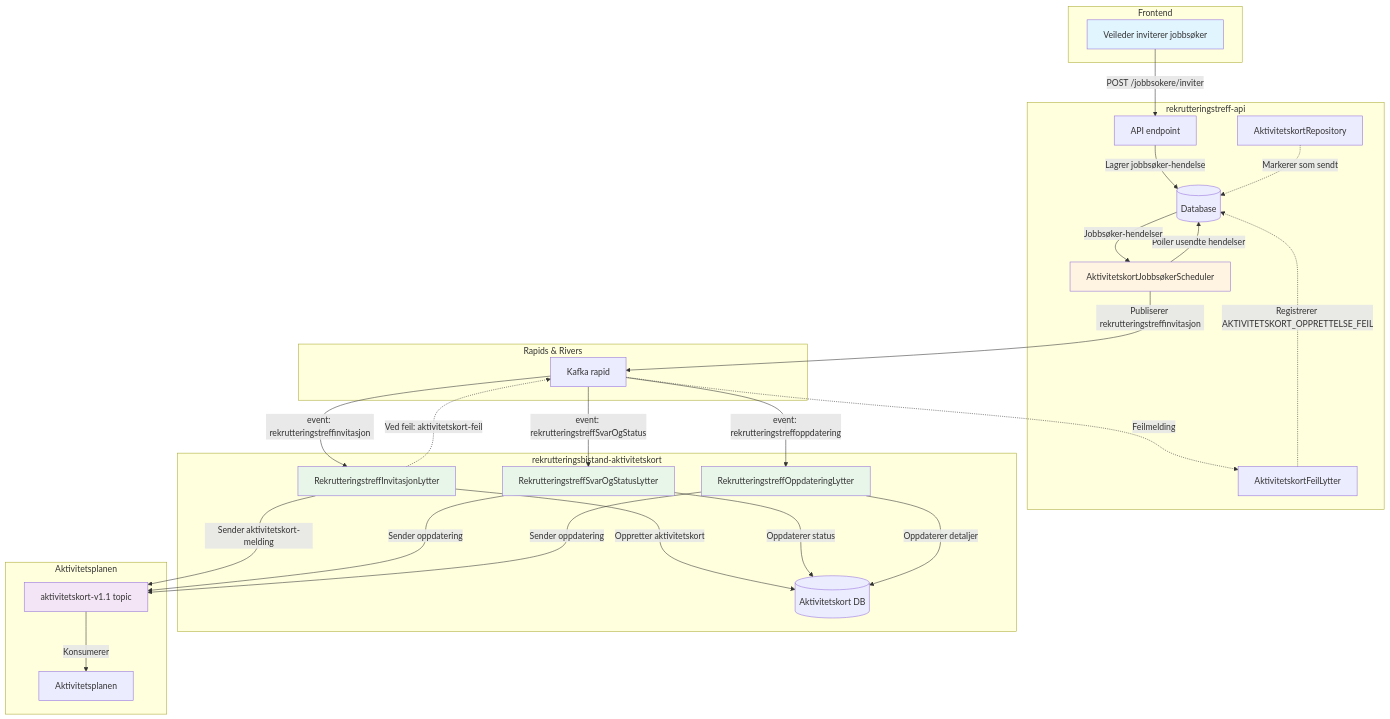
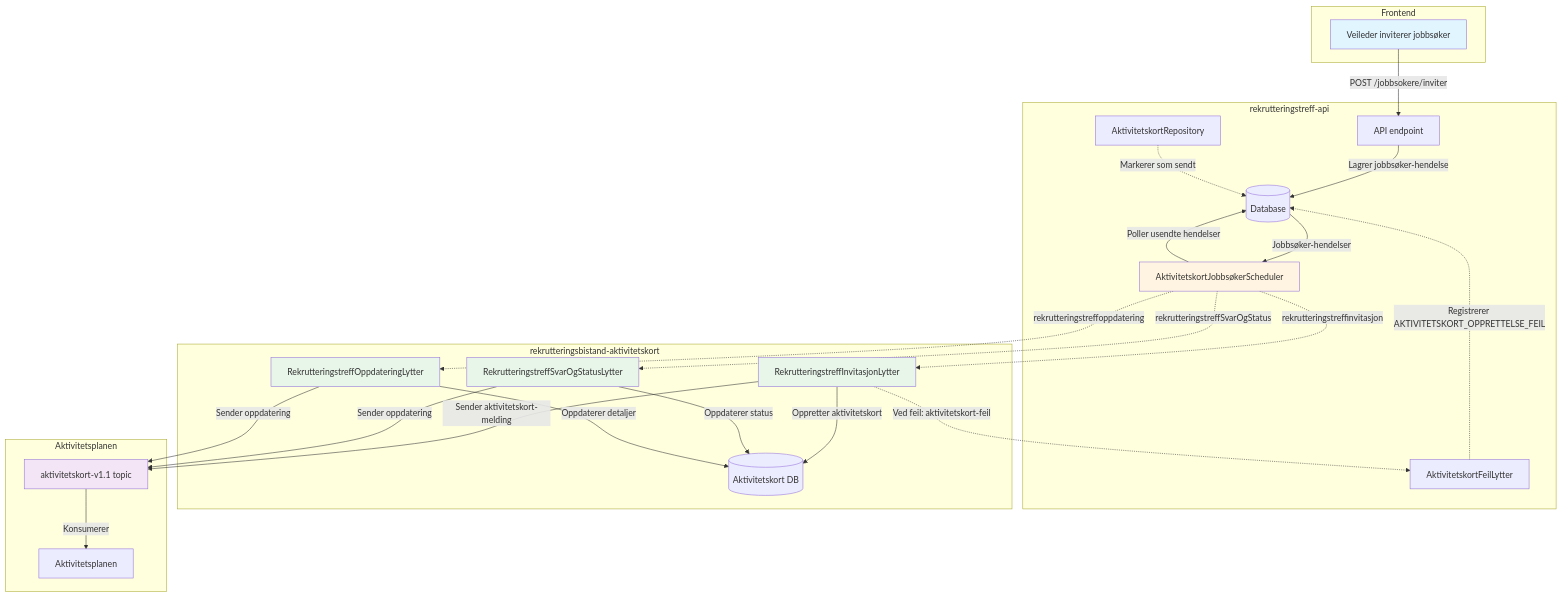
Before and after one commit to navikt/rekrutteringstreff-backend: the diagram in docs/4-integrasjoner/aktivitetskort.md, drawn with Mermaid. The commit also changed other lines of this file and 2 other files, not shown here.

Commit message:
Bytt ut r&r med relasjon i dok

````diff
--- a/docs/4-integrasjoner/aktivitetskort.md
+++ b/docs/4-integrasjoner/aktivitetskort.md
@@ -11,64 +11,61 @@
 ```mermaid
 graph TB
     subgraph Frontend
         UI[Veileder inviterer jobbsøker]
     end
 
     subgraph "rekrutteringstreff-api"
         API[API endpoint]
         DB[(Database)]
         Scheduler[AktivitetskortJobbsøkerScheduler]
         Repo[AktivitetskortRepository]
         FeilLytter[AktivitetskortFeilLytter]
-    end
-
-    subgraph "Rapids & Rivers"
-        Rapid[Kafka rapid]
     end
 
     subgraph "rekrutteringsbistand-aktivitetskort"
         InvLytter[RekrutteringstreffInvitasjonLytter]
         SvarLytter[RekrutteringstreffSvarOgStatusLytter]
         OppdLytter[RekrutteringstreffOppdateringLytter]
         AktDB[(Aktivitetskort DB)]
     end
 
     subgraph "Aktivitetsplanen"
         AKTopic[aktivitetskort-v1.1 topic]
         Aktivitetsplan[Aktivitetsplanen]
     end
 
     UI -->|POST /jobbsokere/inviter| API
     API -->|Lagrer jobbsøker-hendelse| DB
 
     Scheduler -->|Poller usendte hendelser| DB
     DB -->|Jobbsøker-hendelser| Scheduler
-    Scheduler -->|Publiserer rekrutteringstreffinvitasjon| Rapid
 
-    Rapid -->|event: rekrutteringstreffinvitasjon| InvLytter
+    %% Kafka-flyt (Rapids & Rivers)
+    %% Stiplet linje indikerer asynkron kommunikasjon via Kafka
+    Scheduler -.->|rekrutteringstreffinvitasjon| InvLytter
+    Scheduler -.->|rekrutteringstreffSvarOgStatus| SvarLytter
+    Scheduler -.->|rekrutteringstreffoppdatering| OppdLytter
+
     InvLytter -->|Oppretter aktivitetskort| AktDB
     InvLytter -->|Sender aktivitetskort-melding| AKTopic
 
-    Rapid -->|event: rekrutteringstreffSvarOgStatus| SvarLytter
     SvarLytter -->|Oppdaterer status| AktDB
     SvarLytter -->|Sender oppdatering| AKTopic
 
-    Rapid -->|event: rekrutteringstreffoppdatering| OppdLytter
     OppdLytter -->|Oppdaterer detaljer| AktDB
     OppdLytter -->|Sender oppdatering| AKTopic
 
     AKTopic -->|Konsumerer| Aktivitetsplan
 
-    InvLytter -.->|Ved feil: aktivitetskort-feil| Rapid
-    Rapid -.->|Feilmelding| FeilLytter
+    InvLytter -.->|Ved feil: aktivitetskort-feil| FeilLytter
     FeilLytter -.->|Registrerer AKTIVITETSKORT_OPPRETTELSE_FEIL| DB
 
     Repo -.->|Markerer som sendt| DB
 
     style UI fill:#e1f5ff
     style Scheduler fill:#fff4e1
     style InvLytter fill:#e8f5e9
     style SvarLytter fill:#e8f5e9
     style OppdLytter fill:#e8f5e9
     style AKTopic fill:#f3e5f5
 ```
````
